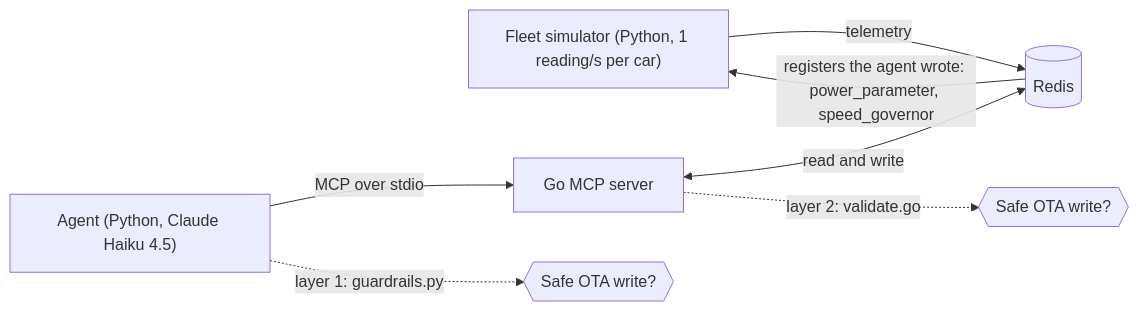
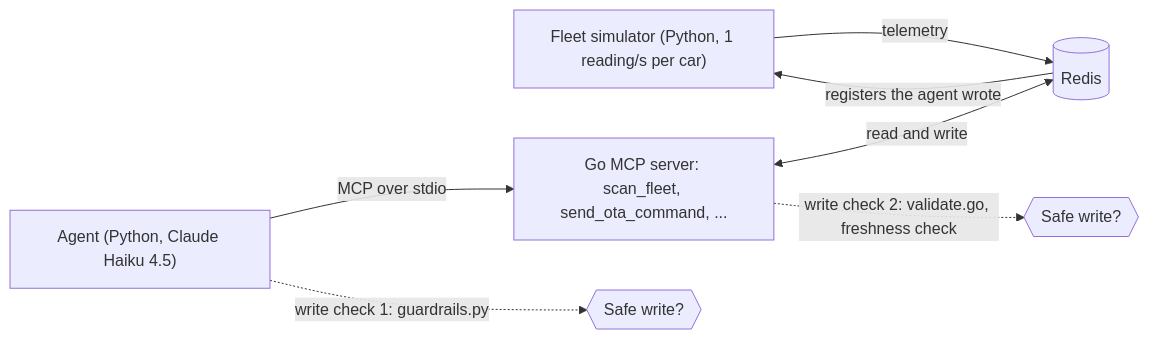
One commit to vipin-mo/Bounded_IoT_Fleet_Orchestration_Platform_MCP_Stack changed the diagram in README.md. Above: the diagram before and after it, drawn with Mermaid. The commit also changed other lines of this file and 22 other files, not shown here.

````diff
--- a/README.md
+++ b/README.md
@@ -14,9 +20,9 @@
 ```mermaid
 graph LR
     Sim["Fleet simulator (Python, 1 reading/s per car)"] -->|telemetry| Redis[("Redis")]
-    Redis -->|"registers the agent wrote: power_parameter, speed_governor"| Sim
-    Agent["Agent (Python, Claude Haiku 4.5)"] -->|"MCP over stdio"| Go["Go MCP server"]
+    Redis -->|"registers the agent wrote"| Sim
+    Agent["Agent (Python, Claude Haiku 4.5)"] -->|"MCP over stdio"| Go["Go MCP server: scan_fleet, send_ota_command, ..."]
     Go <-->|read and write| Redis
-    Agent -.->|"layer 1: guardrails.py"| Check1{{"Safe OTA write?"}}
-    Go -.->|"layer 2: validate.go"| Check2{{"Safe OTA write?"}}
+    Agent -.->|"write check 1: guardrails.py"| Check1{{"Safe write?"}}
+    Go -.->|"write check 2: validate.go, freshness check"| Check2{{"Safe write?"}}
 ```
````
